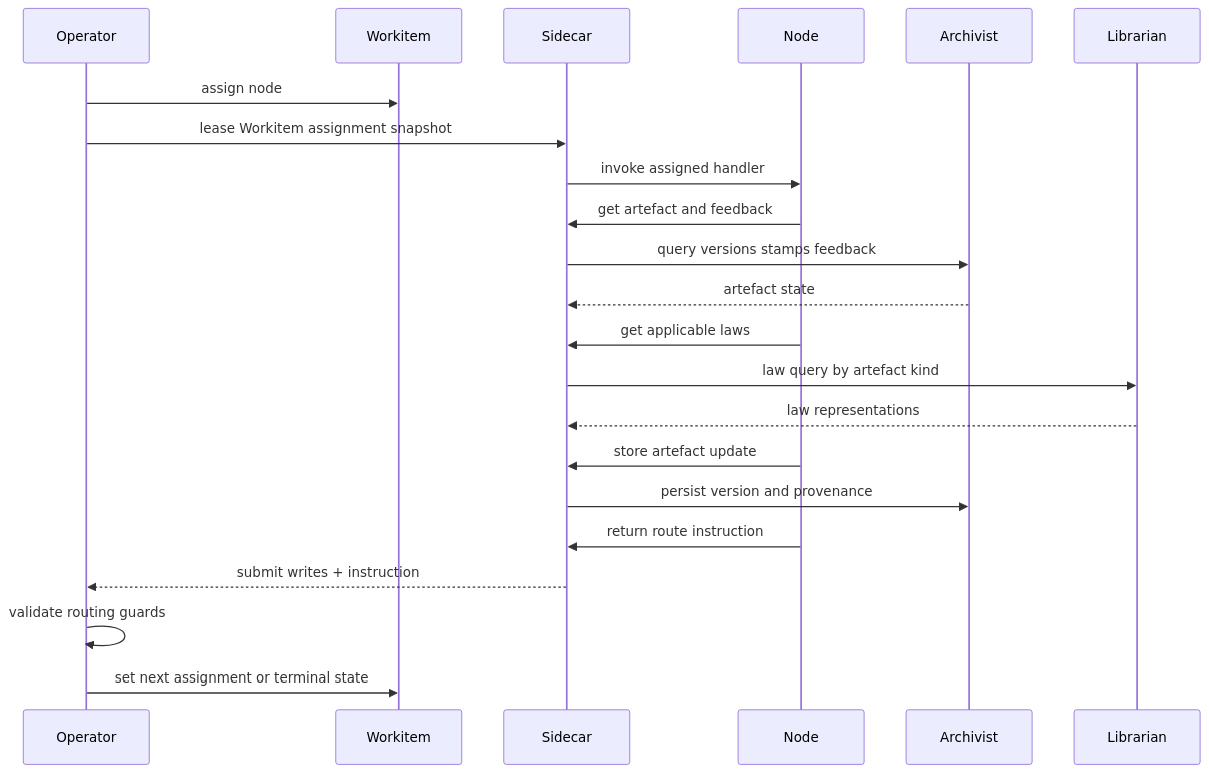
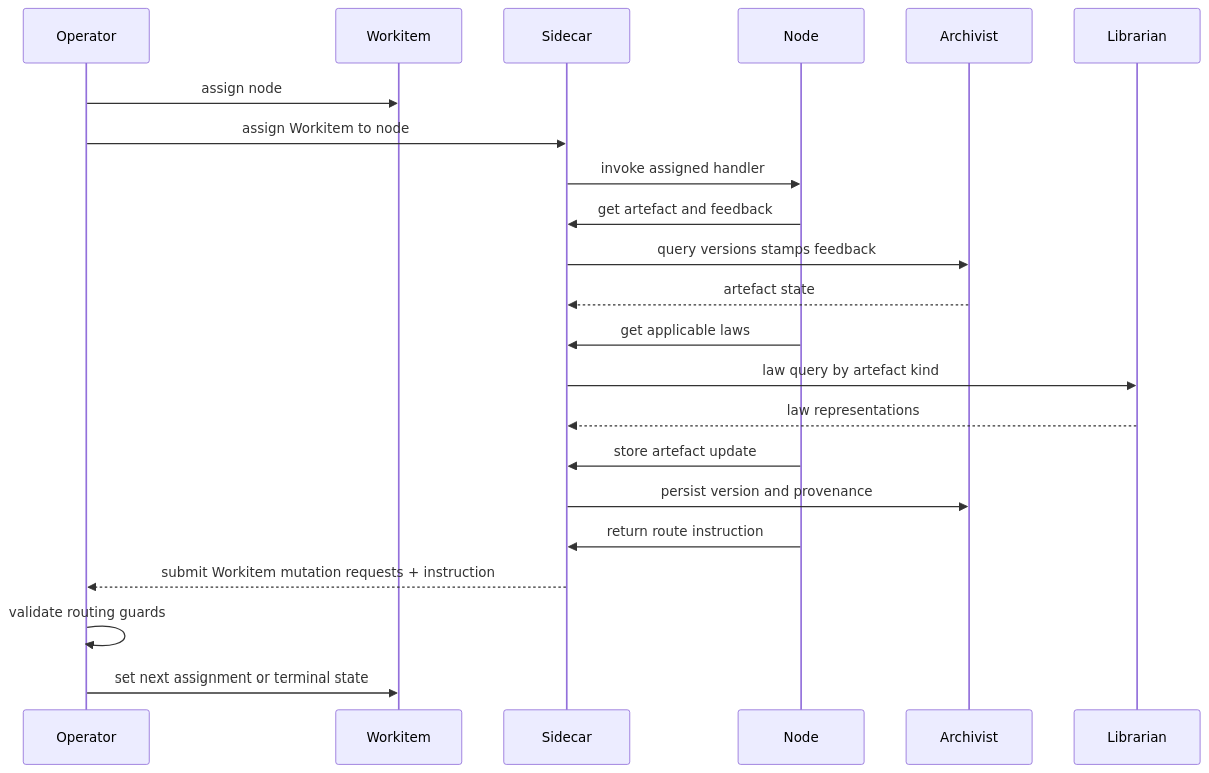
One commit to really-knows-ai/gideas changed the second of 3 diagrams in 02-flow/00-overview.md. Above: the diagram before and after it, drawn with Mermaid. The commit also changed other lines of this file and 12 other files, not shown here.

Commit message:
docs: update documentation for Flow and Node runtime semantics, enhancing clarity on Sidecar mediation, service authorisation, and runtime boundaries

````diff
--- a/02-flow/00-overview.md
+++ b/02-flow/00-overview.md
@@ -54,25 +54,25 @@
 ```mermaid
 sequenceDiagram
     participant OP as Operator
     participant WI as Workitem
     participant SC as Sidecar
     participant ND as Node
     participant AR as Archivist
     participant LB as Librarian
 
     OP->>WI: assign node
-    OP->>SC: lease Workitem assignment snapshot
+    OP->>SC: assign Workitem to node
     SC->>ND: invoke assigned handler
     ND->>SC: get artefact and feedback
     SC->>AR: query versions stamps feedback
     AR-->>SC: artefact state
     ND->>SC: get applicable laws
     SC->>LB: law query by artefact kind
     LB-->>SC: law representations
     ND->>SC: store artefact update
     SC->>AR: persist version and provenance
     ND->>SC: return route instruction
-    SC-->>OP: submit writes + instruction
+    SC-->>OP: submit Workitem mutation requests + instruction
     OP->>OP: validate routing guards
     OP->>WI: set next assignment or terminal state
 ```
````
